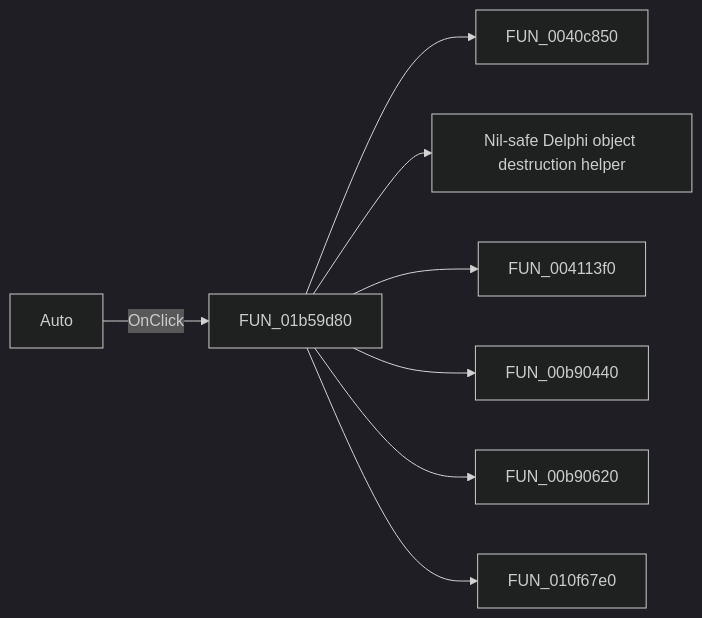
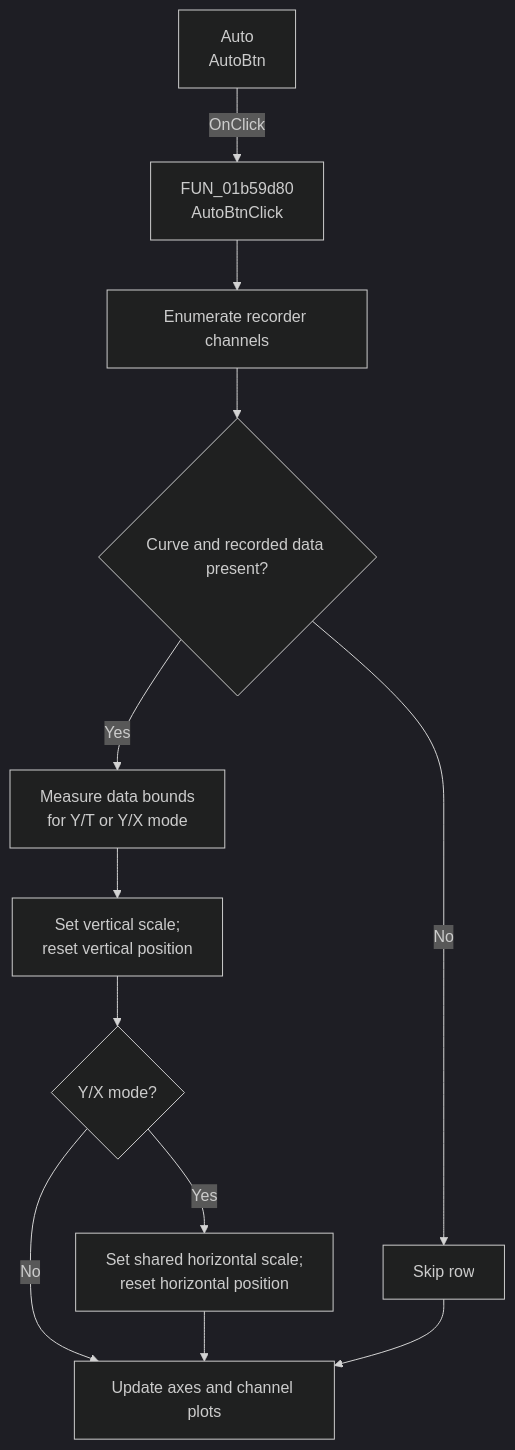
One commit to MovGP0/TIARA changed the diagram in docs/ui-controls/xyrecorderwin/autobtn-8faf15448b.md. Above: the diagram before and after it, drawn with Mermaid (dark theme). The commit also changed other lines of this file and 387 other files, not shown here.

````diff
--- a/docs/ui-controls/xyrecorderwin/autobtn-8faf15448b.md
+++ b/docs/ui-controls/xyrecorderwin/autobtn-8faf15448b.md
@@ -27,10 +29,14 @@
 ```mermaid
-flowchart LR
-    control["Auto"] -->|OnClick| handler["FUN_01b59d80"]
-    handler --> call1["FUN_0040c850"]
-    handler --> call2["Nil-safe Delphi object destruction helper"]
-    handler --> call3["FUN_004113f0"]
-    handler --> call4["FUN_00b90440"]
-    handler --> call5["FUN_00b90620"]
-    handler --> call6["FUN_010f67e0"]
+flowchart TD
+    control["Auto<br/>AutoBtn"] -->|OnClick| handler["FUN_01b59d80<br/>AutoBtnClick"]
+    handler --> rows["Enumerate recorder channels"]
+    rows --> usable{"Curve and recorded data present?"}
+    usable -->|No| next["Skip row"]
+    usable -->|Yes| bounds["Measure data bounds<br/>for Y/T or Y/X mode"]
+    bounds --> vertical["Set vertical scale;<br/>reset vertical position"]
+    vertical --> mode{"Y/X mode?"}
+    mode -->|Yes| horizontal["Set shared horizontal scale;<br/>reset horizontal position"]
+    mode -->|No| refresh["Update axes and channel plots"]
+    horizontal --> refresh
+    next --> refresh
 ```
````
